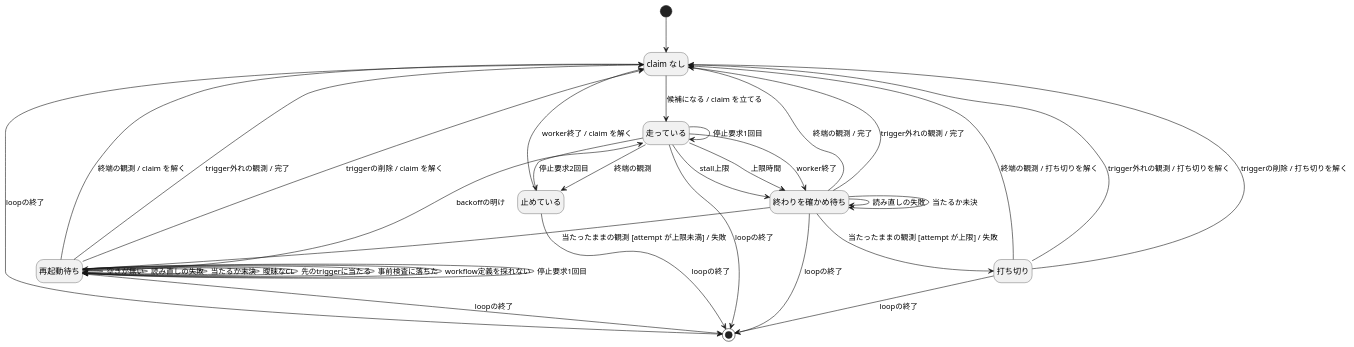
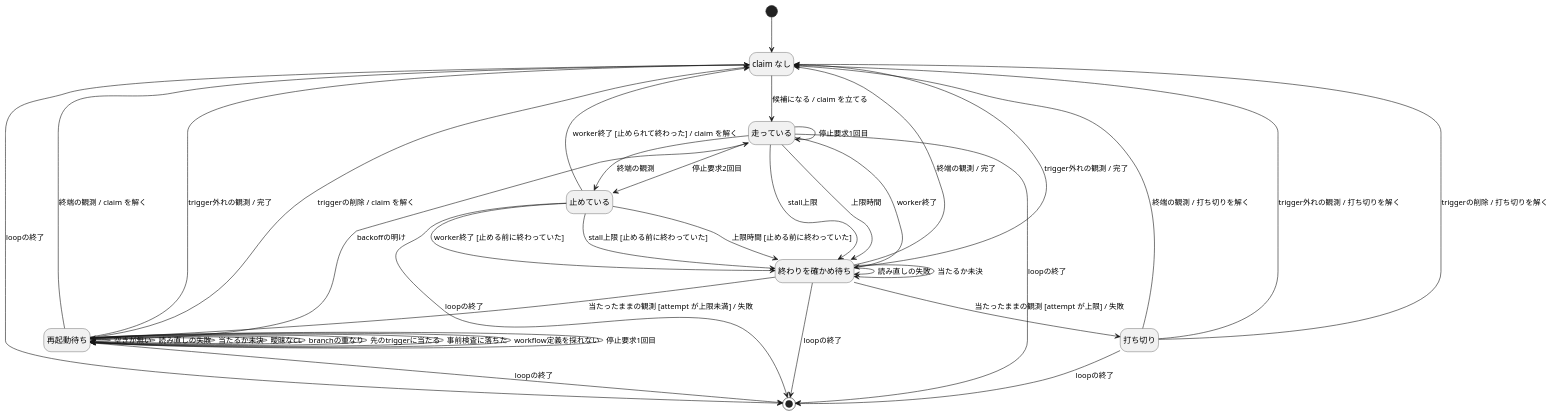
Before and after one commit to swat9013/claude-dispatcher: the diagram in docs/design/statechart.puml, drawn with PlantUML. The commit also changed 2 other files, not shown here.

Commit message:
statechart に止める前に終わった worker と branch の重なりを描く
止めている worker が止められる前に終わっていた (stall・上限時間・自分で終わった) ときは、code は終わりを
確かめ待ちへ進める。statechart はこれを claim を解く遷移と uncovered にしていたので、code に合わせて
Stopping → AwaitingVerification を足す。再起動待ちの CL の branch の重なりを、曖昧な CL と別の出来事として
足す。system.md §7 に両方の規則を書く。

Refs #275

Claude-Session: https://claude.ai/code/session_014ehgRYnNxYMQCojg7J1ASj

```diff
--- a/docs/design/statechart.puml
+++ b/docs/design/statechart.puml
@@ -1,150 +1,157 @@
 @startuml
 ' claim の状態機械図。作業対象 1 件について、loop の記憶 (claim と打ち切り) が出来事ごとにどう移るかを描く。
 ' 書き方と検査の手順は docs/design/README.md の「claim の状態機械図」が正本。
 hide empty description
 
 state "claim なし" as NoClaim
 state "走っている" as Running
 state "止めている" as Stopping
 state "終わりを確かめ待ち" as AwaitingVerification
 state "再起動待ち" as WaitingRetry
 state "打ち切り" as Abandoned
 
 
 ' --- claim なし ---
 [*] --> NoClaim
 NoClaim --> Running : 候補になる / claim を立てる
 NoClaim --> [*] : loopの終了
 
 ' --- 走っている ---
 Running --> AwaitingVerification : worker終了
 Running --> AwaitingVerification : stall上限
 Running --> AwaitingVerification : 上限時間
 Running --> Stopping : 終端の観測
 Running --> Running : 停止要求1回目
 Running --> Stopping : 停止要求2回目
 Running --> [*] : loopの終了
 
 ' --- 止めている ---
-Stopping --> NoClaim : worker終了 / claim を解く
+Stopping --> NoClaim : worker終了 [止められて終わった] / claim を解く
+Stopping --> AwaitingVerification : worker終了 [止める前に終わっていた]
+Stopping --> AwaitingVerification : stall上限 [止める前に終わっていた]
+Stopping --> AwaitingVerification : 上限時間 [止める前に終わっていた]
 Stopping --> [*] : loopの終了
 
 ' --- 終わりを確かめ待ち ---
 AwaitingVerification --> NoClaim : 終端の観測 / 完了
 AwaitingVerification --> NoClaim : trigger外れの観測 / 完了
 AwaitingVerification --> WaitingRetry : 当たったままの観測 [attempt が上限未満] / 失敗
 AwaitingVerification --> Abandoned : 当たったままの観測 [attempt が上限] / 失敗
 AwaitingVerification --> AwaitingVerification : 読み直しの失敗
 AwaitingVerification --> AwaitingVerification : 当たるか未決
 AwaitingVerification --> [*] : loopの終了
 
 ' --- 再起動待ち ---
 WaitingRetry --> Running : backoffの明け
 WaitingRetry --> WaitingRetry : 空きが無い
 WaitingRetry --> WaitingRetry : 読み直しの失敗
 WaitingRetry --> WaitingRetry : 当たるか未決
 WaitingRetry --> WaitingRetry : 曖昧なCL
+WaitingRetry --> WaitingRetry : branchの重なり
 WaitingRetry --> WaitingRetry : 先のtriggerに当たる
 WaitingRetry --> WaitingRetry : 事前検査に落ちた
 WaitingRetry --> WaitingRetry : workflow定義を採れない
 WaitingRetry --> WaitingRetry : 停止要求1回目
 WaitingRetry --> NoClaim : 終端の観測 / claim を解く
 WaitingRetry --> NoClaim : trigger外れの観測 / 完了
 WaitingRetry --> NoClaim : triggerの削除 / claim を解く
 WaitingRetry --> [*] : loopの終了
 
 ' --- 打ち切り ---
 Abandoned --> NoClaim : 終端の観測 / 打ち切りを解く
 Abandoned --> NoClaim : trigger外れの観測 / 打ち切りを解く
 Abandoned --> NoClaim : triggerの削除 / 打ち切りを解く
 Abandoned --> [*] : loopの終了
 
 ' --- 意図した未定義 (当てない組み合わせと、その理由) ---
 ' claim なし
 ' uncovered: NoClaim x worker終了 — claim が無いので終わる worker が無い
 ' uncovered: NoClaim x stall上限 — 走っている worker が無い (stall は走っている worker にだけ当てる)
 ' uncovered: NoClaim x 上限時間 — 走っている worker が無い (上限時間は走っている worker にだけ当てる)
 ' uncovered: NoClaim x 終端の観測 — claim も打ち切りも無いので変わる記憶が無い。workspace の掃除は §7 の workspace の規則が扱う
 ' uncovered: NoClaim x trigger外れの観測 — claim も打ち切りも無いので変わる記憶が無い。候補にならないだけ
 ' uncovered: NoClaim x 当たったままの観測 — claim の無い作業対象が当たれば 候補になる で扱う
 ' uncovered: NoClaim x 当たるか未決 — その tick では起動せず、次の tick で候補になれば試み直す (§7 の tick の手順 5)
 ' uncovered: NoClaim x 読み直しの失敗 — 起動の直前の読み直しに失敗した候補はその tick では起動せず、次の tick で候補になれば試み直す (§7 の tick の手順 5)
 ' uncovered: NoClaim x backoffの明け — backoff を待つのは再起動待ちだけ
 ' uncovered: NoClaim x 空きが無い — claim を立てずに起動を見送るだけ。空きは次の tick の評価で回す (§7 の tick の手順 5)
 ' uncovered: NoClaim x 曖昧なCL — 曖昧な CL は CL 側の trigger の対象から外すので、候補にならない (§6)
+' uncovered: NoClaim x branchの重なり — 重なる CL は起動しないので claim は立たない (§6)
 ' uncovered: NoClaim x 事前検査に落ちた — 落ちた trigger は評価から外すので、その trigger では候補にならない (§7 の tick の手順 2)
 ' uncovered: NoClaim x workflow定義を採れない — その tick は何も起動しないので、claim は立たない (読めない・文法に合わない: §7 の tick の手順 2。scope key が変わった: §9)
 ' uncovered: NoClaim x 停止要求1回目 — claim が無いので変わる記憶が無い。以後は起動しない (候補になる の条件)
 ' uncovered: NoClaim x 停止要求2回目 — claim が無いので止める worker が無い
 ' uncovered: NoClaim x 先のtriggerに当たる — その tick では起動せず、次の tick の評価が先の trigger で拾う (§7 の tick の手順 5)
 ' uncovered: NoClaim x triggerの削除 — claim も打ち切りも無いので変わる記憶が無い。消えた trigger は評価しないので、その trigger では候補にならないだけ
 ' 走っている
 ' uncovered: Running x 候補になる — claim されている作業対象は候補にならない (§4 の候補の定義)
 ' uncovered: Running x trigger外れの観測 — 走っている worker は終端でだけ止める (ADR 0009)
 ' uncovered: Running x 当たったままの観測 — 走っている間の読み直しは終端かどうかだけを見る (ADR 0009)
 ' uncovered: Running x 当たるか未決 — 走っている間の読み直しは終端かどうかだけを見る (ADR 0009)
 ' uncovered: Running x 読み直しの失敗 — 段階は変わらない。error を残し、次の tick の突き合わせで読み直す
 ' uncovered: Running x backoffの明け — backoff を待つのは再起動待ちだけ
 ' uncovered: Running x 空きが無い — 空きを待つのは起動と再起動だけ。走っている worker は既に枠を使っている
 ' uncovered: Running x 曖昧なCL — 走っている worker は終端でだけ止める (ADR 0009)
+' uncovered: Running x branchの重なり — 走っている worker は終端でだけ止める (ADR 0009)
 ' uncovered: Running x 事前検査に落ちた — 事前検査は起動と再起動だけを止め、走っている worker は止めない
 ' uncovered: Running x workflow定義を採れない — 突き合わせは続け、走っている worker は止めない (§7 の tick の手順 2)
 ' uncovered: Running x 先のtriggerに当たる — 走っている worker は終端でだけ止める (ADR 0009)
 ' uncovered: Running x triggerの削除 — 走っている worker は終端でだけ止め、trigger を見ない (ADR 0009)
 ' 止めている
 ' uncovered: Stopping x 候補になる — claim されている作業対象は候補にならない (§4 の候補の定義)
-' uncovered: Stopping x stall上限 — loop が止めたことを優先し、stall では数えない
-' uncovered: Stopping x 上限時間 — loop が止めたことを優先し、上限時間では数えない
 ' uncovered: Stopping x 終端の観測 — 止めている worker の作業対象は読み直さず、worker が終わるのを待つ
 ' uncovered: Stopping x trigger外れの観測 — 止めている worker の作業対象は読み直さず、worker が終わるのを待つ
 ' uncovered: Stopping x 当たったままの観測 — 止めている worker の作業対象は読み直さず、worker が終わるのを待つ
 ' uncovered: Stopping x 当たるか未決 — 止めている worker の作業対象は読み直さず、worker が終わるのを待つ
 ' uncovered: Stopping x 読み直しの失敗 — 止めている worker の作業対象は読み直さず、worker が終わるのを待つ
 ' uncovered: Stopping x backoffの明け — backoff を待つのは再起動待ちだけ
 ' uncovered: Stopping x 空きが無い — 空きを待つのは起動と再起動だけ
 ' uncovered: Stopping x 曖昧なCL — 止めている worker の作業対象は読み直さず、worker が終わるのを待つ
+' uncovered: Stopping x branchの重なり — 止めている worker の作業対象は読み直さず、worker が終わるのを待つ
 ' uncovered: Stopping x 事前検査に落ちた — 既に止めているので、起動を止める検査は関わらない
 ' uncovered: Stopping x workflow定義を採れない — 既に止めているので、起動を止める検査は関わらない
 ' uncovered: Stopping x 停止要求1回目 — 既に止めている
 ' uncovered: Stopping x 停止要求2回目 — 既に止めている
 ' uncovered: Stopping x 先のtriggerに当たる — 止めている worker の作業対象は読み直さず、worker が終わるのを待つ
 ' uncovered: Stopping x triggerの削除 — 止めている worker は trigger を見ずに終わるのを待ち、終われば claim を解く
 ' 終わりを確かめ待ち
 ' uncovered: AwaitingVerification x 候補になる — claim されている作業対象は候補にならない (§4 の候補の定義)
 ' uncovered: AwaitingVerification x worker終了 — worker は既に終わっている
 ' uncovered: AwaitingVerification x stall上限 — worker は既に終わっている
 ' uncovered: AwaitingVerification x 上限時間 — worker は既に終わっている
 ' uncovered: AwaitingVerification x backoffの明け — backoff を待つのは再起動待ちだけ
 ' uncovered: AwaitingVerification x 空きが無い — 確かめは worker を起動しないので、空きを要さない
 ' uncovered: AwaitingVerification x 曖昧なCL — 確かめは作業対象 1 件の読み直しで決め、open な一覧でしか決まらない曖昧さを見ない
+' uncovered: AwaitingVerification x branchの重なり — 確かめは作業対象 1 件の読み直しで決め、起動を伴わない
 ' uncovered: AwaitingVerification x 事前検査に落ちた — 確かめは読み直しの結果で決まり、起動を伴わない
 ' uncovered: AwaitingVerification x workflow定義を採れない — 確かめ直しは workflow 定義の読み直しより先に撃つので、その結果に左右されない
 ' uncovered: AwaitingVerification x 停止要求1回目 — 段階は変わらない。停止要求の後は tick を撃たないので確かめ直さず、loopの終了 で消える
 ' uncovered: AwaitingVerification x 停止要求2回目 — 止める worker が無い。loopの終了 で消える
 ' uncovered: AwaitingVerification x 先のtriggerに当たる — 確かめは起動した trigger から外れたかだけを見る
 ' uncovered: AwaitingVerification x triggerの削除 — 確かめは claim が起動したときに持った trigger の述語で決め、workflow 定義から引き直さない (§7 の worker の 1 回分)。失敗と数えた後の再起動待ちか打ち切りで、消えたことが効く
 ' 再起動待ち
 ' uncovered: WaitingRetry x 候補になる — claim されている作業対象は候補にならない (§4 の候補の定義)
 ' uncovered: WaitingRetry x worker終了 — worker は走っていない
 ' uncovered: WaitingRetry x stall上限 — worker は走っていない
 ' uncovered: WaitingRetry x 上限時間 — worker は走っていない
 ' uncovered: WaitingRetry x 当たったままの観測 — 当たったままであることは backoffの明け で再起動する条件として読む
 ' uncovered: WaitingRetry x 停止要求2回目 — 止める worker が無い。loopの終了 で消える
 ' 打ち切り
 ' uncovered: Abandoned x 候補になる — 打ち切った作業対象は、どの trigger に当たっても起動しない (§7)
 ' uncovered: Abandoned x worker終了 — worker は走っていない
 ' uncovered: Abandoned x stall上限 — worker は走っていない
 ' uncovered: Abandoned x 上限時間 — worker は走っていない
 ' uncovered: Abandoned x 当たったままの観測 — 打ち切りを保つ。外れたのを観測するまで解かない (§7)
 ' uncovered: Abandoned x 当たるか未決 — 外れたとは数えず、打ち切りを保つ
 ' uncovered: Abandoned x 読み直しの失敗 — 打ち切りを保ち、次の tick で確かめ直す
 ' uncovered: Abandoned x backoffの明け — 打ち切りは再起動を予定しない
 ' uncovered: Abandoned x 空きが無い — 打ち切りは起動を待たない
 ' uncovered: Abandoned x 曖昧なCL — 曖昧になったことでは打ち切りを解かない。古い一覧で曖昧に見えただけで解けるため
+' uncovered: Abandoned x branchの重なり — 打ち切りを解く判定は trigger の述語で行い、branch を見ない
 ' uncovered: Abandoned x 事前検査に落ちた — 打ち切りを解く判定は trigger の述語で行い、事前検査の結果を見ない
 ' uncovered: Abandoned x workflow定義を採れない — その tick は打ち切りを解く判定を撃たず、打ち切りを保つ
 ' uncovered: Abandoned x 停止要求1回目 — 打ち切りは loopの終了 まで残る
 ' uncovered: Abandoned x 停止要求2回目 — 打ち切りは loopの終了 まで残る
 ' uncovered: Abandoned x 先のtriggerに当たる — 打ち切った作業対象は、どの trigger に当たっても起動しない (§7)
 
 @enduml
```
